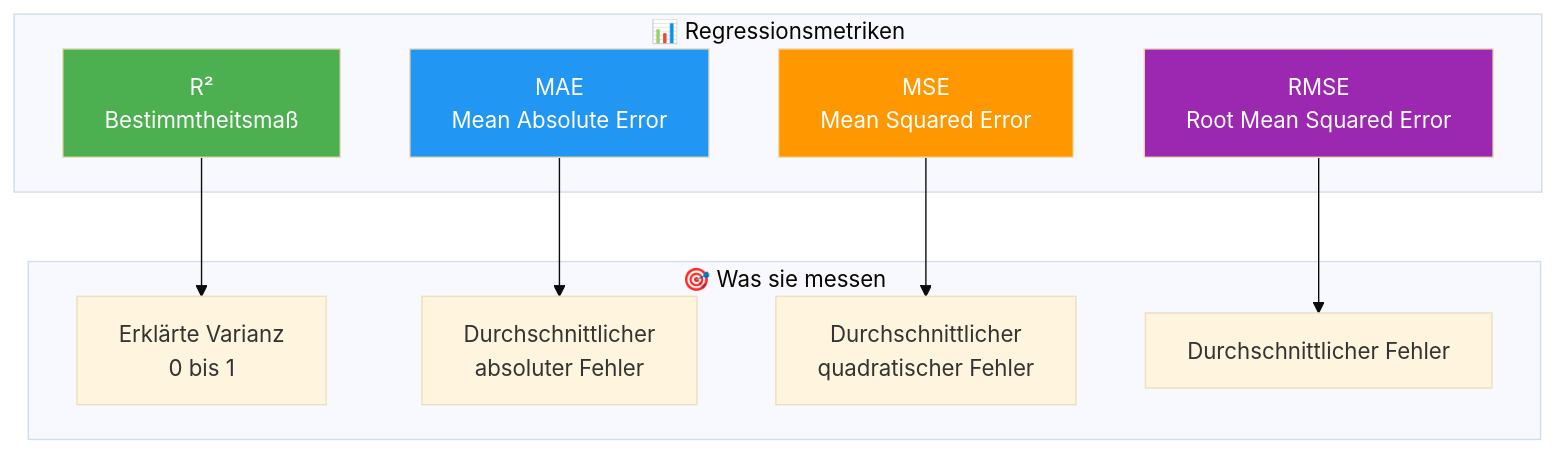
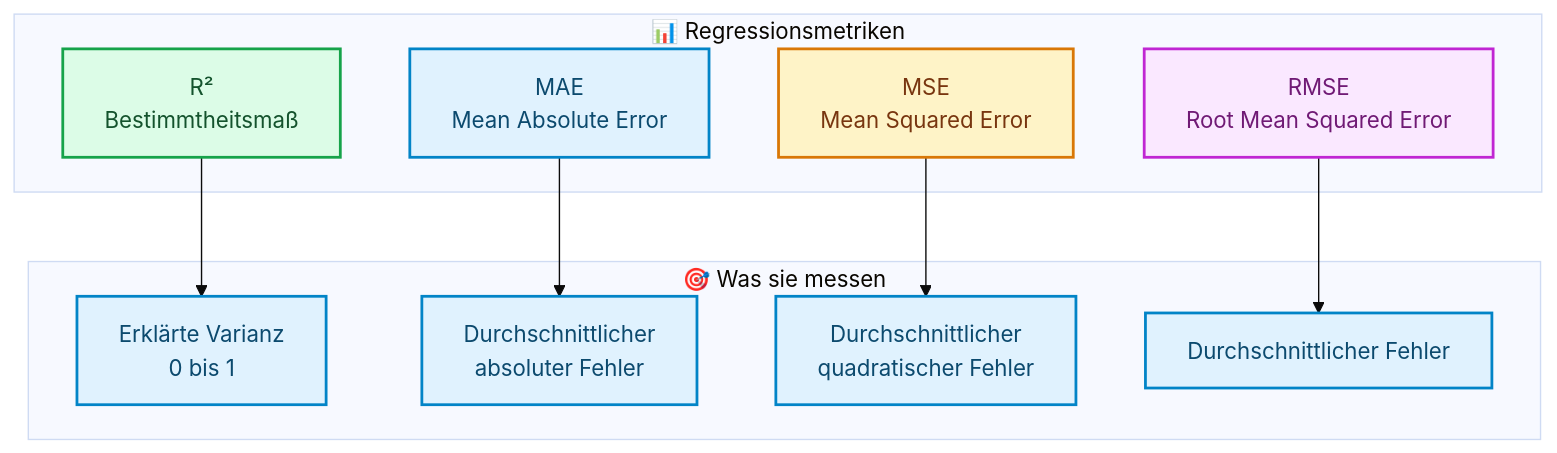
Before and after one commit to ralf-42/ML_Intro: the first of 9 diagrams in docs/concepts/evaluate/bewertung_regression.md, drawn with Mermaid (base theme). The commit also changed other lines of this file and 67 other files, not shown here.

````diff
--- a/docs/concepts/evaluate/bewertung_regression.md
+++ b/docs/concepts/evaluate/bewertung_regression.md
@@ -30,26 +30,29 @@
 ```mermaid
 flowchart TD
     subgraph Metriken["📊 Regressionsmetriken"]
         R2["R²<br/>Bestimmtheitsmaß"]
         MAE["MAE<br/>Mean Absolute Error"]
         MSE["MSE<br/>Mean Squared Error"]
         RMSE["RMSE<br/>Root Mean Squared Error"]
     end
     
     subgraph Interpretation["🎯 Was sie messen"]
         R2_INT["Erklärte Varianz<br/>0 bis 1"]
         MAE_INT["Durchschnittlicher<br/>absoluter Fehler"]
         MSE_INT["Durchschnittlicher<br/>quadratischer Fehler"]
         RMSE_INT["Durchschnittlicher Fehler"]
     end
     
     R2 --> R2_INT
     MAE --> MAE_INT
     MSE --> MSE_INT
     RMSE --> RMSE_INT
-    
-    style R2 fill:#4CAF50,color:#fff
-    style MAE fill:#2196F3,color:#fff
-    style MSE fill:#FF9800,color:#fff
-    style RMSE fill:#9C27B0,color:#fff
+
+    classDef default fill:#e0f2fe,stroke:#0284c7,stroke-width:2px,color:#0c4a6e;
+    classDef metric fill:#fef3c7,stroke:#d97706,stroke-width:2px,color:#78350f;
+    classDef output fill:#dcfce7,stroke:#16a34a,stroke-width:2px,color:#14532d;
+    classDef target fill:#fae8ff,stroke:#c026d3,stroke-width:2px,color:#701a75;
+    class MSE metric;
+    class R2 output;
+    class RMSE target;
 ```
````
